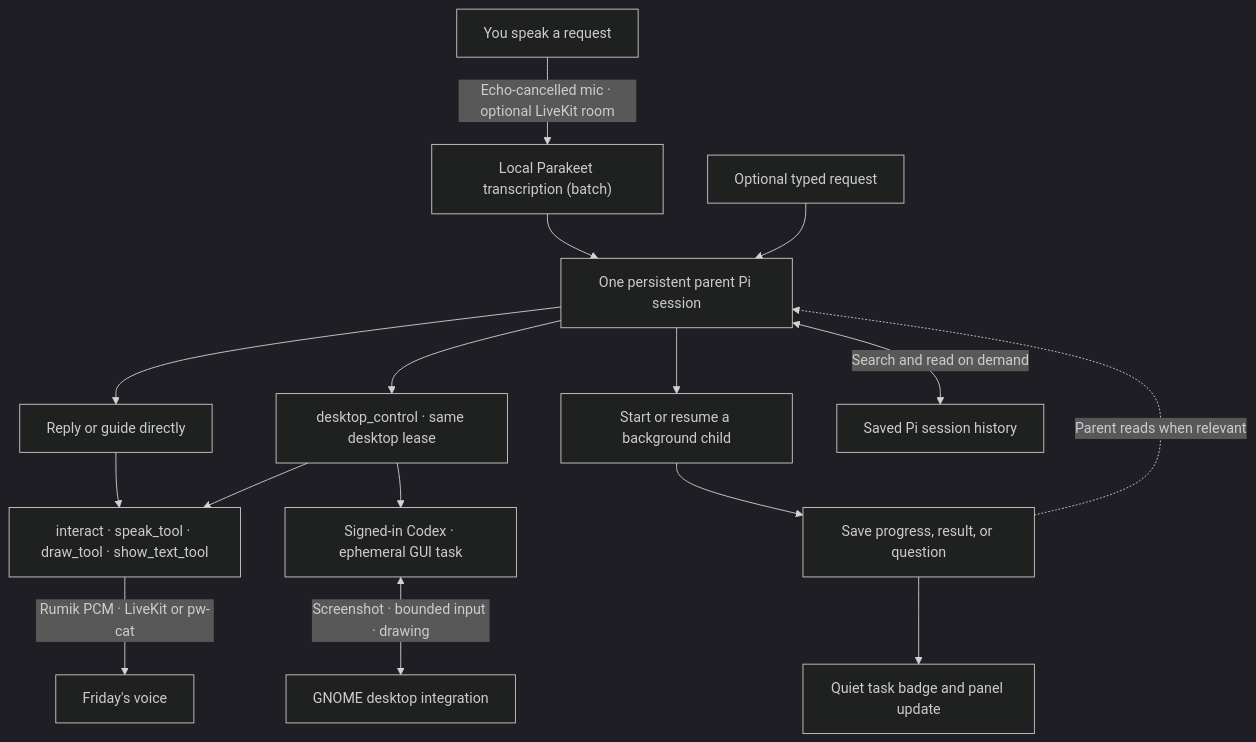
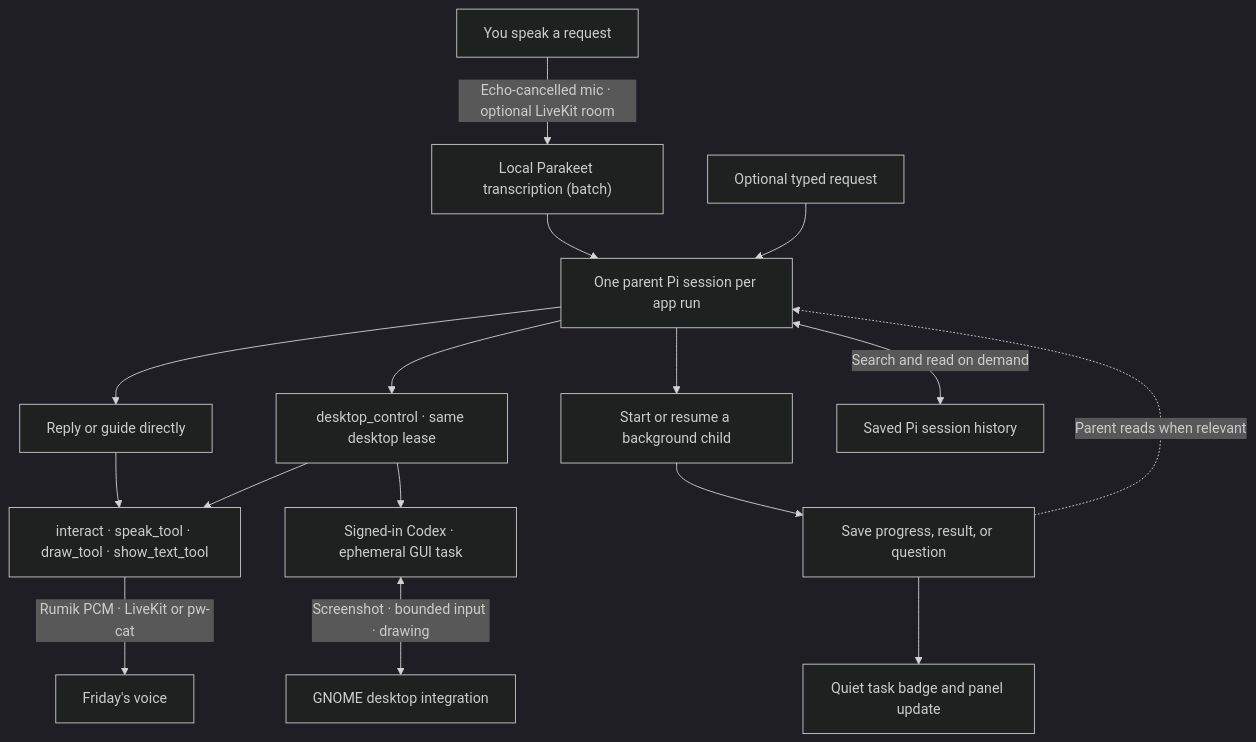
Before and after one commit to MayankBansal12/friday: the diagram in docs/request-flow.md, drawn with Mermaid (dark theme). The commit also changed other lines of this file and 35 other files, not shown here.

````diff
--- a/docs/request-flow.md
+++ b/docs/request-flow.md
@@ -5,18 +5,18 @@
 ```mermaid
 flowchart TD
     userRequest["You speak a request"] -->|"Echo-cancelled mic · optional LiveKit room"| localStt["Local Parakeet transcription (batch)"]
-    localStt --> parentSession["One persistent parent Pi session"]
+    localStt --> parentSession["One parent Pi session per app run"]
     typedRequest["Optional typed request"] --> parentSession
     parentSession --> directReply["Reply or guide directly"]
     directReply --> presentation["interact · speak_tool · draw_tool · show_text_tool"]
     presentation -->|"Rumik PCM · LiveKit or pw-cat"| voiceOut["Friday's voice"]
     parentSession --> control["desktop_control · same desktop lease"]
     control --> codex["Signed-in Codex · ephemeral GUI task"]
     codex <-->|"Screenshot · bounded input · drawing"| native["GNOME desktop integration"]
     control --> presentation
     parentSession --> backgroundChild["Start or resume a background child"]
     backgroundChild --> savedResult["Save progress, result, or question"]
     savedResult --> taskBadge["Quiet task badge and panel update"]
     savedResult -. "Parent reads when relevant" .-> parentSession
     parentSession <-->|"Search and read on demand"| historyStore["Saved Pi session history"]
 ```
````
